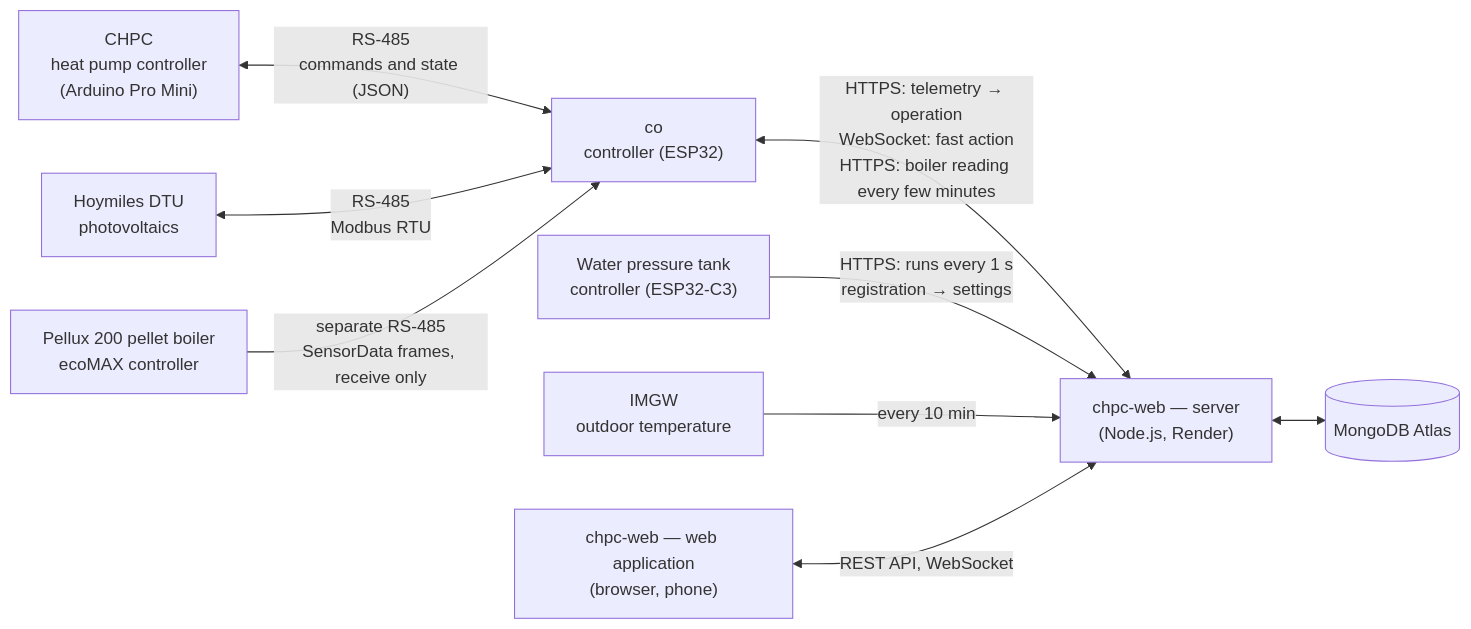
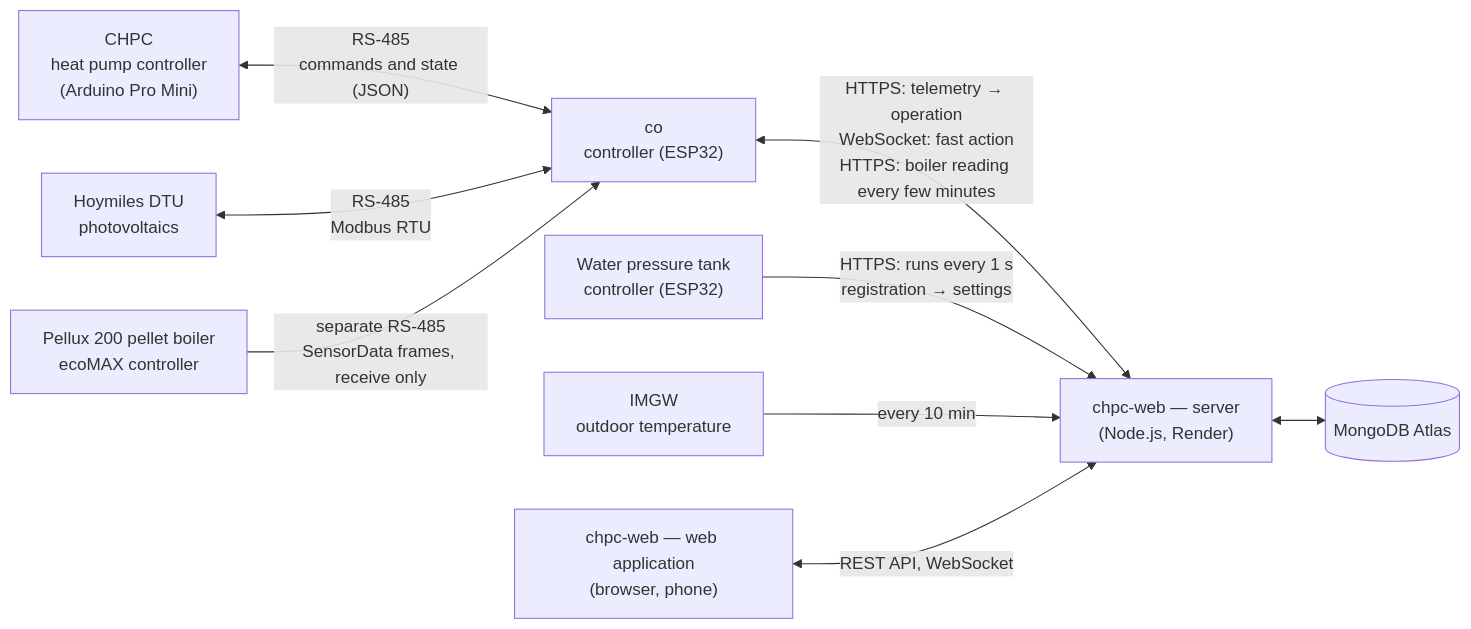
One commit to robertorlowski/chpc-web changed the diagram in docs/en/README.md. Above: the diagram before and after it, drawn with Mermaid. The commit also changed other lines of this file and 53 other files, not shown here.

````diff
--- a/docs/en/README.md
+++ b/docs/en/README.md
@@ -16,21 +16,21 @@
 ```mermaid
 flowchart LR
     CHPC["CHPC<br/>heat pump controller<br/>(Arduino Pro Mini)"]
     DTU["Hoymiles DTU<br/>photovoltaics"]
     CO["co<br/>controller (ESP32)"]
     ECO["Pellux 200 pellet boiler<br/>ecoMAX controller"]
-    HYD["Water pressure tank<br/>controller (ESP32-C3)"]
+    HYD["Water pressure tank<br/>controller (ESP32)"]
     SRV["chpc-web — server<br/>(Node.js, Render)"]
     DB[("MongoDB Atlas")]
     WEB["chpc-web — web application<br/>(browser, phone)"]
     IMGW["IMGW<br/>outdoor temperature"]
 
     CHPC <-- "RS-485<br/>commands and state (JSON)" --> CO
     DTU <-- "RS-485<br/>Modbus RTU" --> CO
     ECO -- "separate RS-485<br/>SensorData frames, receive only" --> CO
     CO <-- "HTTPS: telemetry → operation<br/>WebSocket: fast action<br/>HTTPS: boiler reading every few minutes" --> SRV
     HYD -- "HTTPS: runs every 1 s<br/>registration → settings" --> SRV
     IMGW -- "every 10 min" --> SRV
     SRV <--> DB
     WEB <-- "REST API, WebSocket" --> SRV
 ```
````
